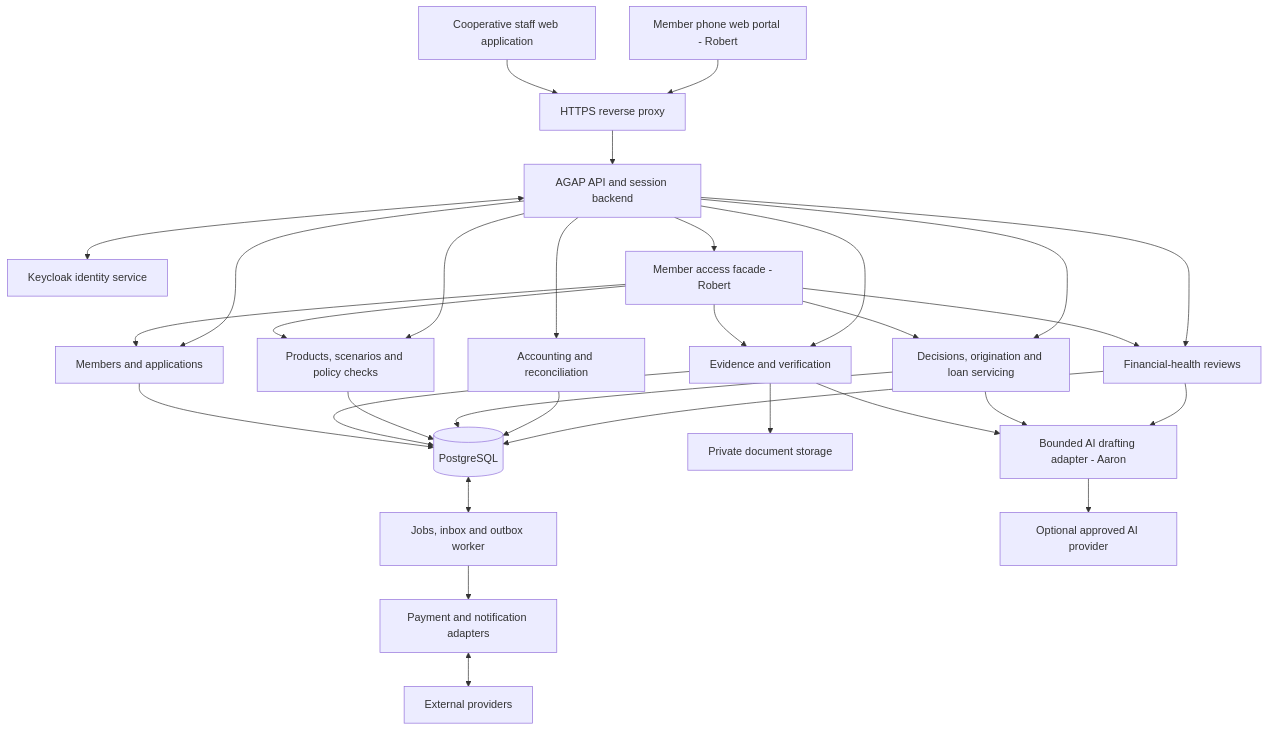
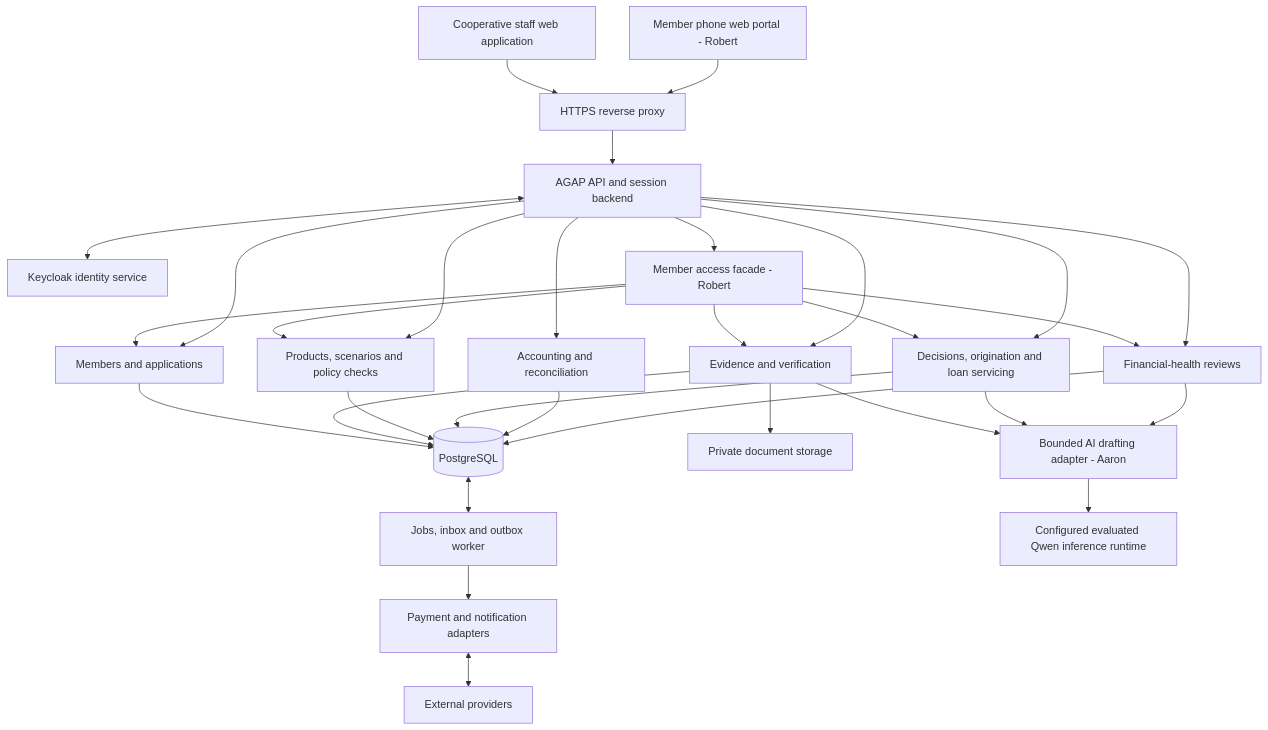
Before and after one commit to Aracena18/AGAP: the first of 2 diagrams in docs/AGAP_Production_Architecture.md, drawn with Mermaid. The commit also changed other lines of this file and 13 other files, not shown here.

````diff
--- a/docs/AGAP_Production_Architecture.md
+++ b/docs/AGAP_Production_Architecture.md
@@ -31,33 +32,33 @@
 ```mermaid
 flowchart TB
   Staff[Cooperative staff web application] --> Edge[HTTPS reverse proxy]
   Phone[Member phone web portal - Robert] --> Edge
   Edge --> API[AGAP API and session backend]
   API <--> IdP[Keycloak identity service]
   API --> Portal[Member access facade - Robert]
   Portal --> Members
   Portal --> Evidence
   Portal --> Credit
   Portal --> Loans
   Portal --> Health
   API --> Members[Members and applications]
   API --> Evidence[Evidence and verification]
   API --> Credit[Products, scenarios and policy checks]
   API --> Loans[Decisions, origination and loan servicing]
   API --> Accounting[Accounting and reconciliation]
   API --> Health[Financial-health reviews]
   Members --> DB[(PostgreSQL)]
   Evidence --> DB
   Credit --> DB
   Loans --> DB
   Accounting --> DB
   Health --> DB
   Evidence --> Files[Private document storage]
   Evidence --> AI[Bounded AI drafting adapter - Aaron]
   Loans --> AI
   Health --> AI
   DB <--> Worker[Jobs, inbox and outbox worker]
   Worker --> Adapters[Payment and notification adapters]
   Adapters <--> External[External providers]
-  AI --> AIProvider[Optional approved AI provider]
+  AI --> AIProvider[Configured evaluated Qwen inference runtime]
 ```
````
